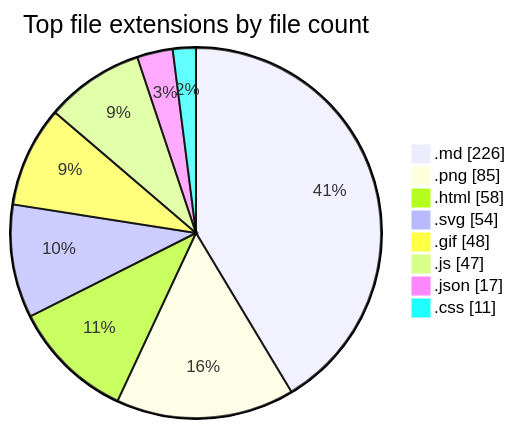
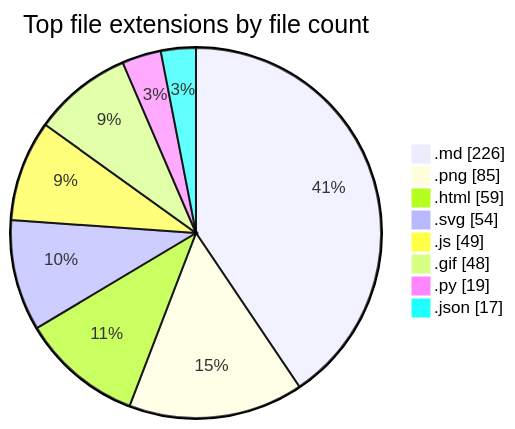
Before and after one commit to tchinso/tchinso: the second of 2 diagrams in README.md, drawn with Mermaid. The commit also changed other lines of this file, not shown here.

````diff
--- a/README.md
+++ b/README.md
@@ -49,12 +49,12 @@
 ```mermaid
 pie showData
     title Top file extensions by file count
     ".md" : 226
     ".png" : 85
-    ".html" : 58
+    ".html" : 59
     ".svg" : 54
+    ".js" : 49
     ".gif" : 48
-    ".js" : 47
+    ".py" : 19
     ".json" : 17
-    ".css" : 11
 ```
````
